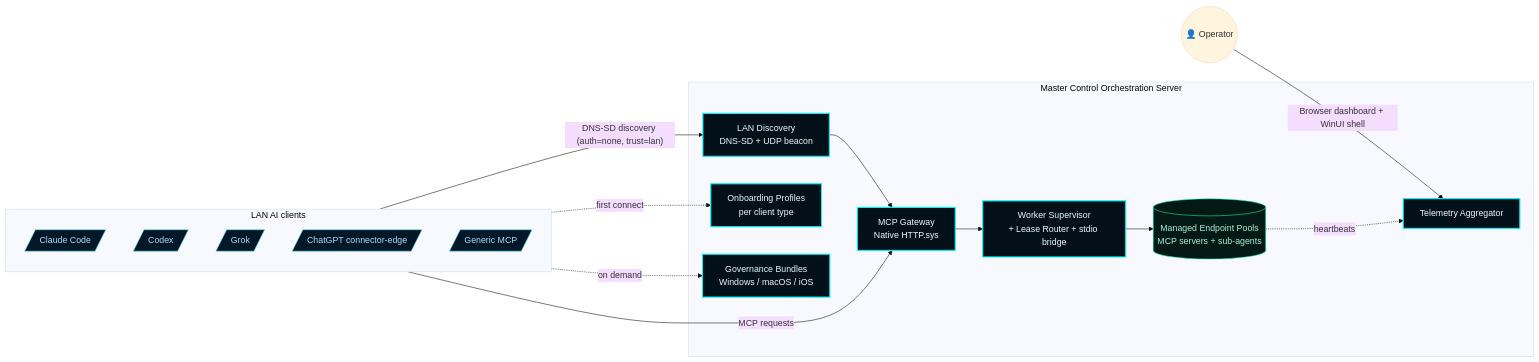
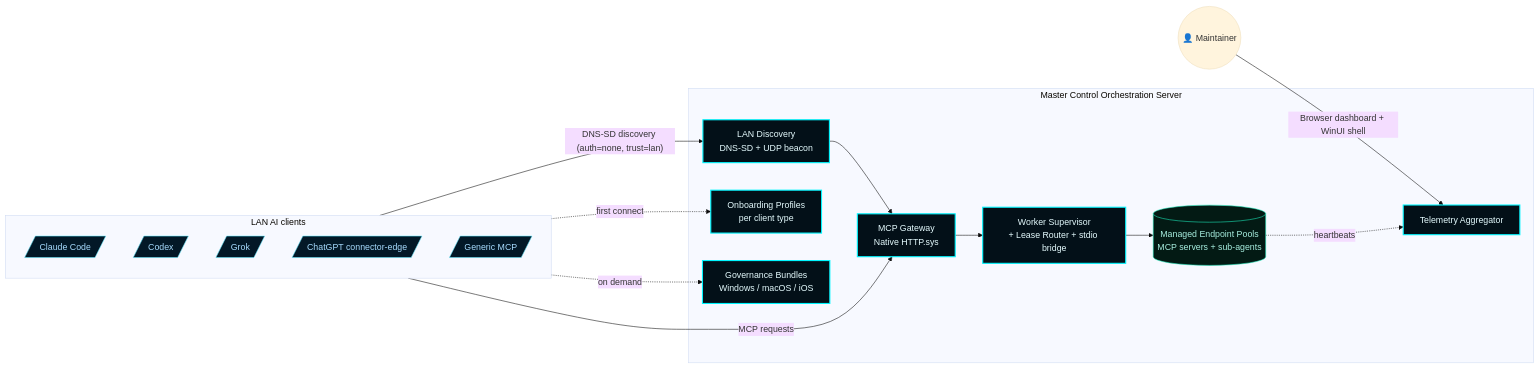
One commit to flynn33/Master-Control-Orchestration-Server changed the diagram in README.md. Above: the diagram before and after it, drawn with Mermaid (base theme). The commit also changed other lines of this file and 20 other files, not shown here.

````diff
--- a/README.md
+++ b/README.md
@@ -17,37 +17,37 @@
 ```mermaid
 flowchart LR
     classDef accent fill:#031018,stroke:#00F6FF,color:#E6FCFF,stroke-width:2px;
     classDef faint fill:#0a1018,stroke:#5A00E8,color:#8CB7C4;
     classDef client fill:#031827,stroke:#5AE8FF,color:#A8DCFF;
     classDef good fill:#031a14,stroke:#1cf2c1,color:#a8efe0;
 
-    Operator((👤 Operator))
+    Maintainer((👤 Maintainer))
 
     subgraph LANClients[LAN AI clients]
         ClaudeCode[/Claude Code/]:::client
         Codex[/Codex/]:::client
         Grok[/Grok/]:::client
         ChatGPT[/ChatGPT connector-edge/]:::client
         Generic[/Generic MCP/]:::client
     end
 
     subgraph MCOS[Master Control Orchestration Server]
         Discovery[LAN Discovery<br/>DNS-SD + UDP beacon]:::accent
         Gateway[MCP Gateway<br/>Native HTTP.sys]:::accent
         Onboarding[Onboarding Profiles<br/>per client type]:::accent
         Governance[Governance Bundles<br/>Windows / macOS / iOS]:::accent
         Supervisor[Worker Supervisor<br/>+ Lease Router + stdio bridge]:::accent
         Telemetry[Telemetry Aggregator]:::accent
         Pools[(Managed Endpoint Pools<br/>MCP servers + sub-agents)]:::good
     end
 
-    Operator -->|Browser dashboard + WinUI shell| Telemetry
+    Maintainer -->|Browser dashboard + WinUI shell| Telemetry
     LANClients -->|"DNS-SD discovery (auth=none, trust=lan)"| Discovery
     Discovery --> Gateway
     LANClients -->|MCP requests| Gateway
     Gateway --> Supervisor
     Supervisor --> Pools
     Pools -.->|heartbeats| Telemetry
     LANClients -.->|first connect| Onboarding
     LANClients -.->|on demand| Governance
 ```
````
